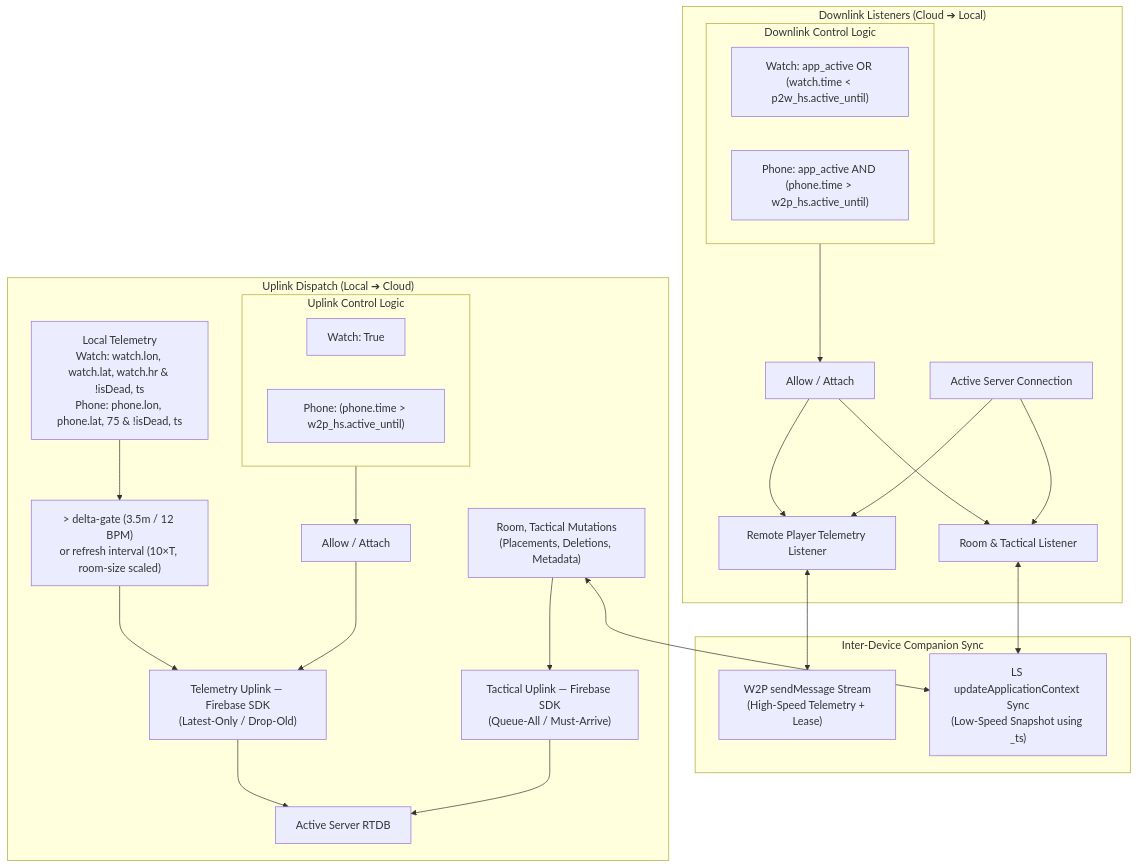
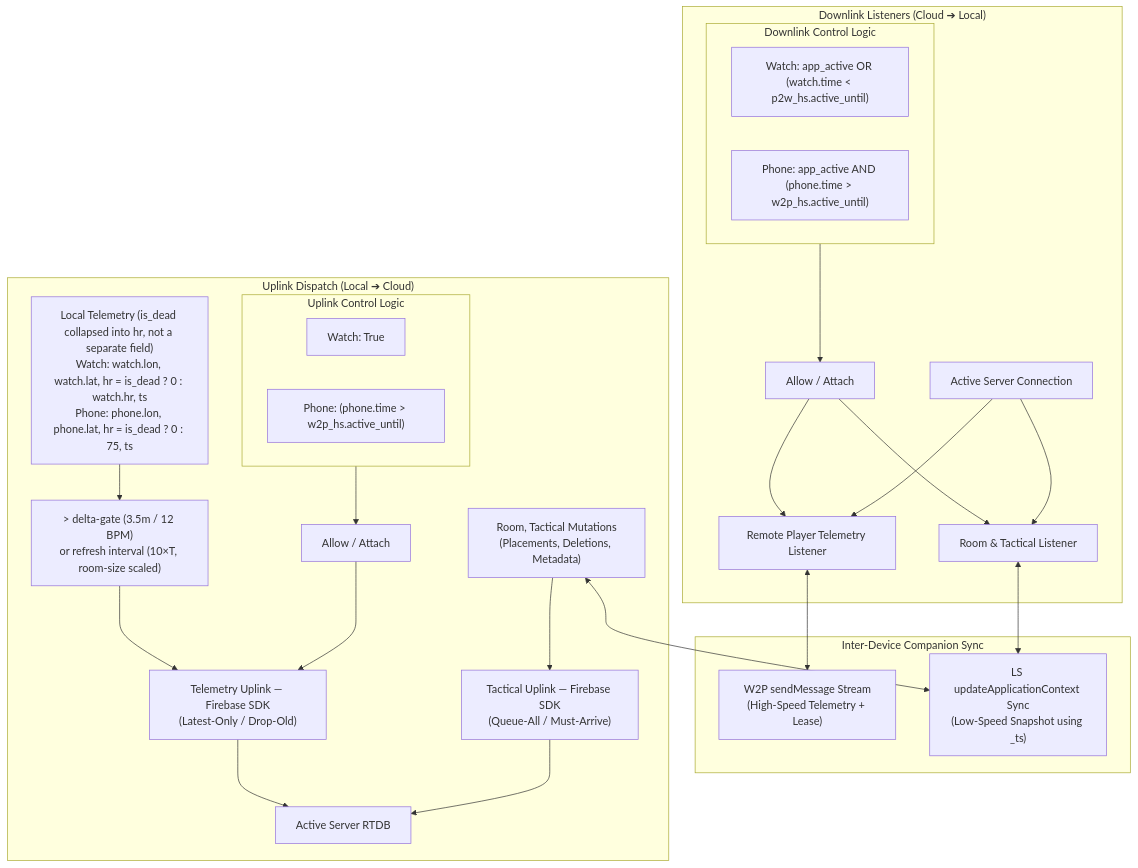
The diagram in docs/CLOUD_DATA_MANAGEMENT.md (cruiser0002/RadarMap), drawn with Mermaid before and after one commit. The commit also changed other lines of this file and 39 other files, not shown here.

````diff
--- a/docs/CLOUD_DATA_MANAGEMENT.md
+++ b/docs/CLOUD_DATA_MANAGEMENT.md
@@ -44,55 +44,55 @@
 ```mermaid
 flowchart TD
     subgraph Downlink ["Downlink Listeners (Cloud ➔ Local)"]
         subgraph DownlinkGating ["Downlink Control Logic"]
             D_Watch["Watch: app_active OR (watch.time < p2w_hs.active_until)"]
             D_Phone["Phone: app_active AND (phone.time > w2p_hs.active_until)"]
         end
         D_Allow["Allow / Attach"]
         L_Tel["Remote Player Telemetry Listener"]
         L_Tac["Room & Tactical Listener"]
         Server_Down["Active Server Connection"]
 
         DownlinkGating --> D_Allow
         D_Allow --> L_Tel
         D_Allow --> L_Tac
         Server_Down --> L_Tel
         Server_Down --> L_Tac
     end
 
     subgraph Companion ["Inter-Device Companion Sync"]
         W2P_HS["W2P sendMessage Stream<br>(High-Speed Telemetry + Lease)"]
         LS_Sync["LS updateApplicationContext Sync<br>(Low-Speed Snapshot using _ts)"]
     end
 
     subgraph Uplink ["Uplink Dispatch (Local ➔ Cloud)"]
         subgraph UplinkGating ["Uplink Control Logic"]
             U_Watch["Watch: True"]
             U_Phone["Phone: (phone.time > w2p_hs.active_until)"]
         end
         U_Allow["Allow / Attach"]
 
-        Local_Tel["Local Telemetry<br>Watch: watch.lon, watch.lat, watch.hr & !isDead, ts<br>Phone: phone.lon, phone.lat, 75 & !isDead, ts"]
+        Local_Tel["Local Telemetry (is_dead collapsed into hr, not a separate field)<br>Watch: watch.lon, watch.lat, hr = is_dead ? 0 : watch.hr, ts<br>Phone: phone.lon, phone.lat, hr = is_dead ? 0 : 75, ts"]
         Delta_Gate["> delta-gate (3.5m / 12 BPM)<br>or refresh interval (10×T, room-size scaled)"]
         Uplink_Tel["Telemetry Uplink — Firebase SDK<br>(Latest-Only / Drop-Old)"]
 
         Local_Tac["Room, Tactical Mutations<br>(Placements, Deletions, Metadata)"]
         Uplink_Tac["Tactical Uplink — Firebase SDK<br>(Queue-All / Must-Arrive)"]
 
         Server_Up["Active Server RTDB"]
 
         Local_Tel --> Delta_Gate
         Delta_Gate --> Uplink_Tel
         UplinkGating --> U_Allow
         U_Allow --> Uplink_Tel
 
         Local_Tac --> Uplink_Tac
 
         Uplink_Tel --> Server_Up
         Uplink_Tac --> Server_Up
     end
 
     L_Tel <--> W2P_HS
     L_Tac <--> LS_Sync
     Local_Tac <--> LS_Sync
 ```
````
